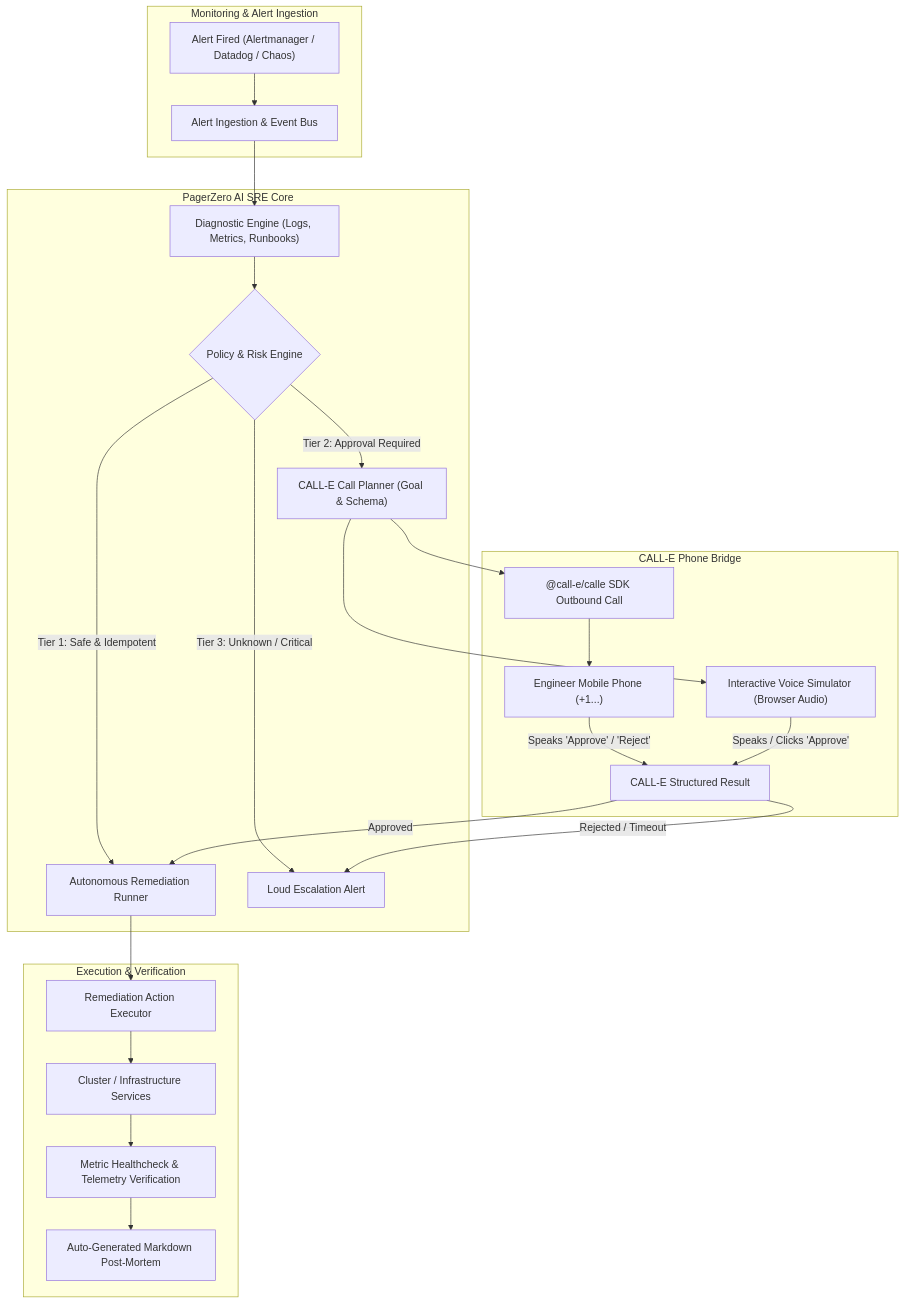
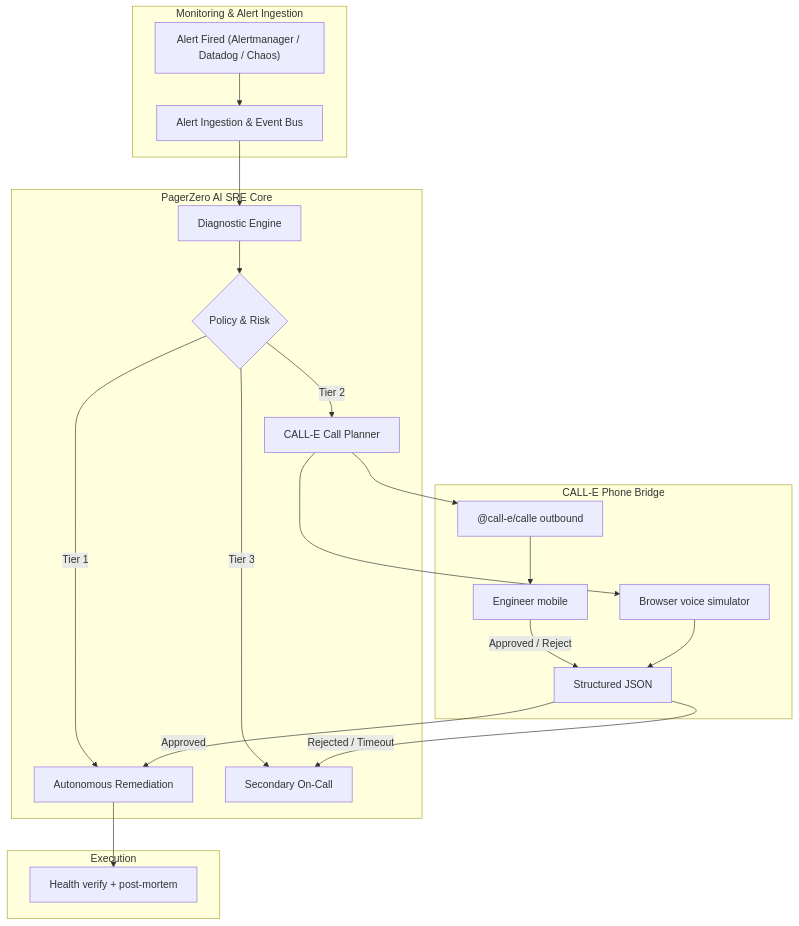
Before and after one commit to adamm285-dev/pagerzeropro: the diagram in README.md, drawn with Mermaid. The commit also changed other lines of this file and 30 other files, not shown here.

````diff
--- a/README.md
+++ b/README.md
@@ -46,32 +106,28 @@
 ```mermaid
 flowchart TD
     subgraph Monitoring ["Monitoring & Alert Ingestion"]
         Alert["Alert Fired (Alertmanager / Datadog / Chaos)"] --> Ingestion["Alert Ingestion & Event Bus"]
     end
 
     subgraph CoreAgent ["PagerZero AI SRE Core"]
-        Ingestion --> Diagnostics["Diagnostic Engine (Logs, Metrics, Runbooks)"]
-        Diagnostics --> PolicyEngine{"Policy & Risk Engine"}
-        
-        PolicyEngine -- "Tier 1: Safe & Idempotent" --> AutoFix["Autonomous Remediation Runner"]
-        PolicyEngine -- "Tier 2: Approval Required" --> VoicePlan["CALL-E Call Planner (Goal & Schema)"]
-        PolicyEngine -- "Tier 3: Unknown / Critical" --> Escalate["Loud Escalation Alert"]
+        Ingestion --> Diagnostics["Diagnostic Engine"]
+        Diagnostics --> PolicyEngine{"Policy & Risk"}
+        PolicyEngine -- "Tier 1" --> AutoFix["Autonomous Remediation"]
+        PolicyEngine -- "Tier 2" --> VoicePlan["CALL-E Call Planner"]
+        PolicyEngine -- "Tier 3" --> Escalate["Secondary On-Call"]
     end
 
     subgraph VoiceIntegration ["CALL-E Phone Bridge"]
-        VoicePlan --> CallEDialer["@call-e/calle SDK Outbound Call"]
-        VoicePlan --> WebVoiceSim["Interactive Voice Simulator (Browser Audio)"]
-        CallEDialer --> Phone["Engineer Mobile Phone (+1...)"]
-        Phone -- "Speaks 'Approve' / 'Reject'" --> CallEResult["CALL-E Structured Result"]
-        WebVoiceSim -- "Speaks / Clicks 'Approve'" --> CallEResult
+        VoicePlan --> CallEDialer["@call-e/calle outbound"]
+        VoicePlan --> WebVoiceSim["Browser voice simulator"]
+        CallEDialer --> Phone["Engineer mobile"]
+        Phone -- "Approved / Reject" --> CallEResult["Structured JSON"]
+        WebVoiceSim --> CallEResult
     end
 
-    subgraph Remediation ["Execution & Verification"]
+    subgraph Remediation ["Execution"]
         CallEResult -- "Approved" --> AutoFix
         CallEResult -- "Rejected / Timeout" --> Escalate
-        AutoFix --> ClusterRunner["Remediation Action Executor"]
-        ClusterRunner --> LiveCluster["Cluster / Infrastructure Services"]
-        LiveCluster --> MetricVerify["Metric Healthcheck & Telemetry Verification"]
-        MetricVerify --> PostMortem["Auto-Generated Markdown Post-Mortem"]
+        AutoFix --> Verify["Health verify + post-mortem"]
     end
 ```
````
